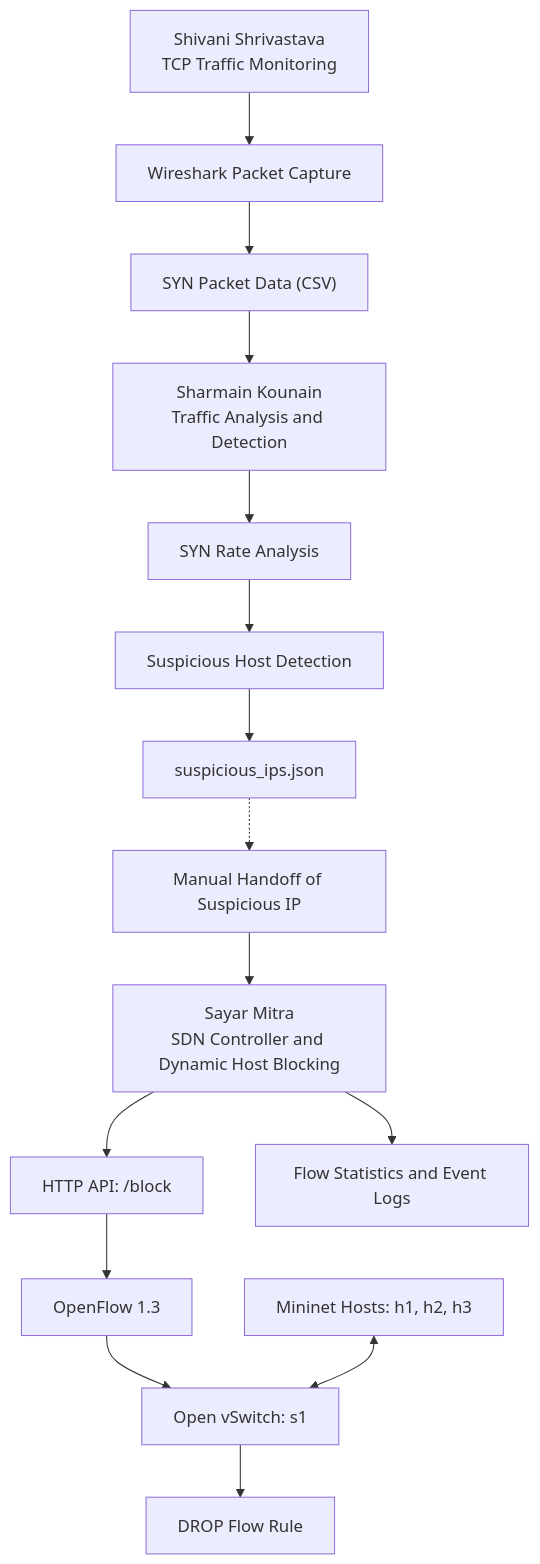
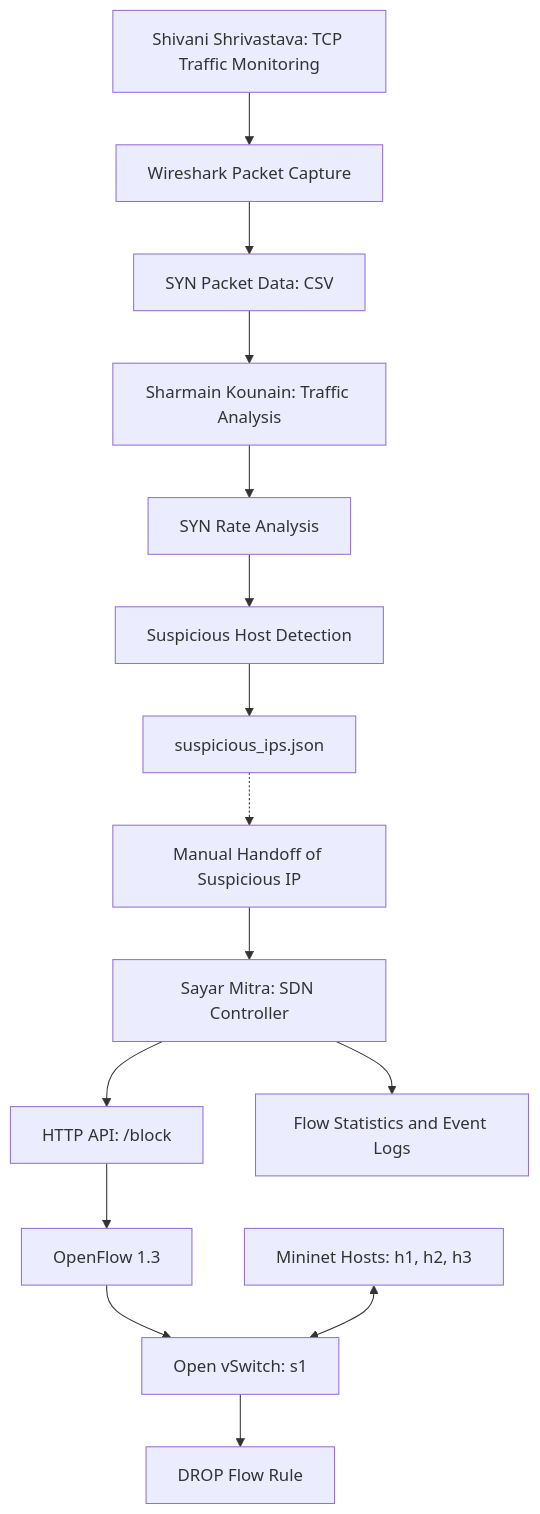
One commit to sharmainkounain/Dynamic-Host-Blocking-System changed the diagram in README.md. Above: the diagram before and after it, drawn with Mermaid. The commit also changed other lines of this file, not shown here.

Commit message:
Update README with detailed project documentation and team architecture

````diff
--- a/README.md
+++ b/README.md
@@ -13,30 +37,30 @@
 ```mermaid
 flowchart TD
-    A["Shivani Shrivastava<br/>TCP Traffic Monitoring"]
+    A["Shivani Shrivastava: TCP Traffic Monitoring"]
     B["Wireshark Packet Capture"]
-    C["SYN Packet Data (CSV)"]
+    C["SYN Packet Data: CSV"]
 
-    D["Sharmain Kounain<br/>Traffic Analysis and Detection"]
+    D["Sharmain Kounain: Traffic Analysis"]
     E["SYN Rate Analysis"]
     F["Suspicious Host Detection"]
     G["suspicious_ips.json"]
 
     H["Manual Handoff of Suspicious IP"]
 
-    I["Sayar Mitra<br/>SDN Controller and Dynamic Host Blocking"]
+    I["Sayar Mitra: SDN Controller"]
     J["HTTP API: /block"]
     K["OpenFlow 1.3"]
     L["Open vSwitch: s1"]
     M["Mininet Hosts: h1, h2, h3"]
     N["DROP Flow Rule"]
     O["Flow Statistics and Event Logs"]
 
     A --> B --> C --> D
     D --> E --> F --> G
     G -.-> H
     H --> I
     I --> J --> K --> L
     L --> N
     M <--> L
     I --> O
 ```
````
